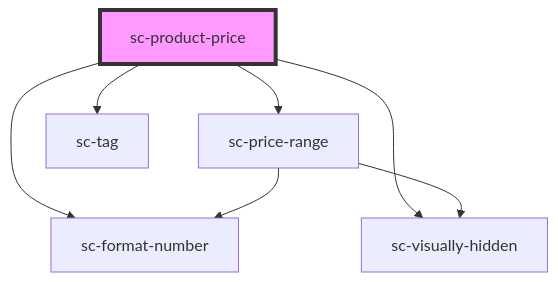
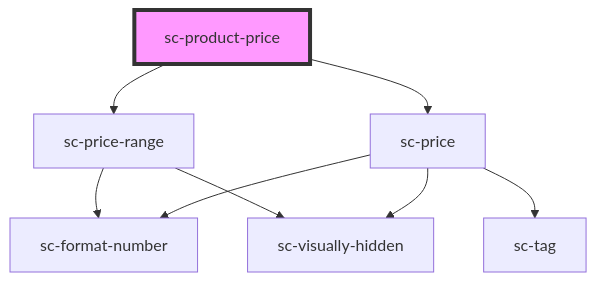
The diagram in packages/components/src/components/controllers/product/sc-product-price/readme.md (surecart/surecart-wp-plugin), drawn with Mermaid before and after one commit. The commit also changed other lines of this file and 29 other files, not shown here.

````diff
--- a/packages/components/src/components/controllers/product/sc-product-price/readme.md
+++ b/packages/components/src/components/controllers/product/sc-product-price/readme.md
@@ -34,10 +25,11 @@
 ```mermaid
 graph TD;
   sc-product-price --> sc-price-range
-  sc-product-price --> sc-visually-hidden
-  sc-product-price --> sc-format-number
-  sc-product-price --> sc-tag
+  sc-product-price --> sc-price
   sc-price-range --> sc-format-number
   sc-price-range --> sc-visually-hidden
+  sc-price --> sc-visually-hidden
+  sc-price --> sc-format-number
+  sc-price --> sc-tag
   style sc-product-price fill:#f9f,stroke:#333,stroke-width:4px
 ```
````
